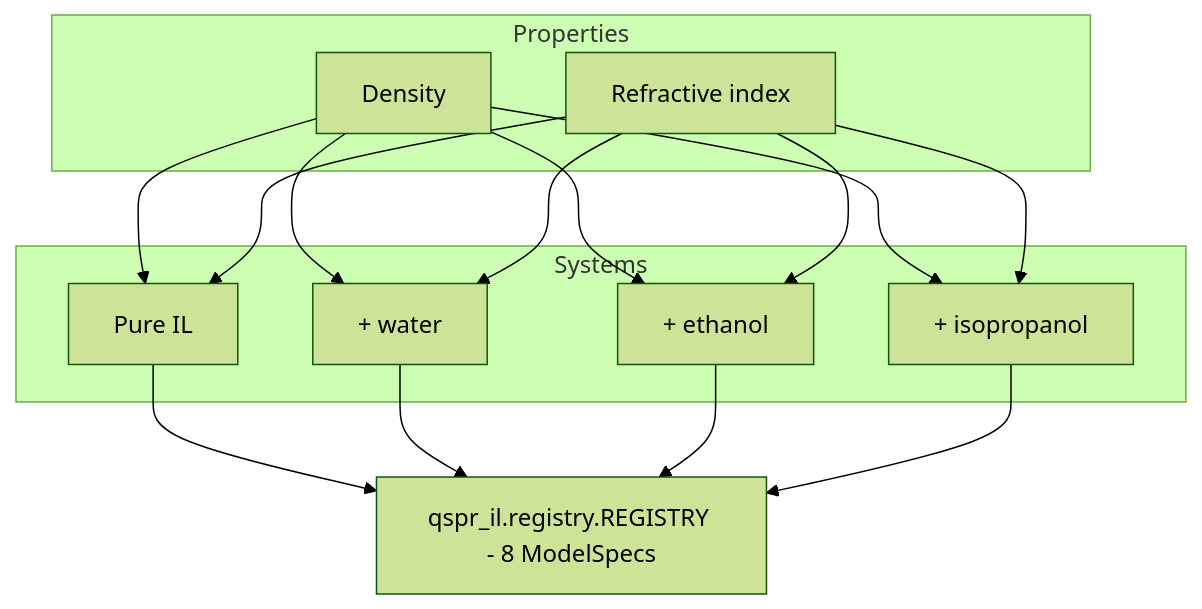
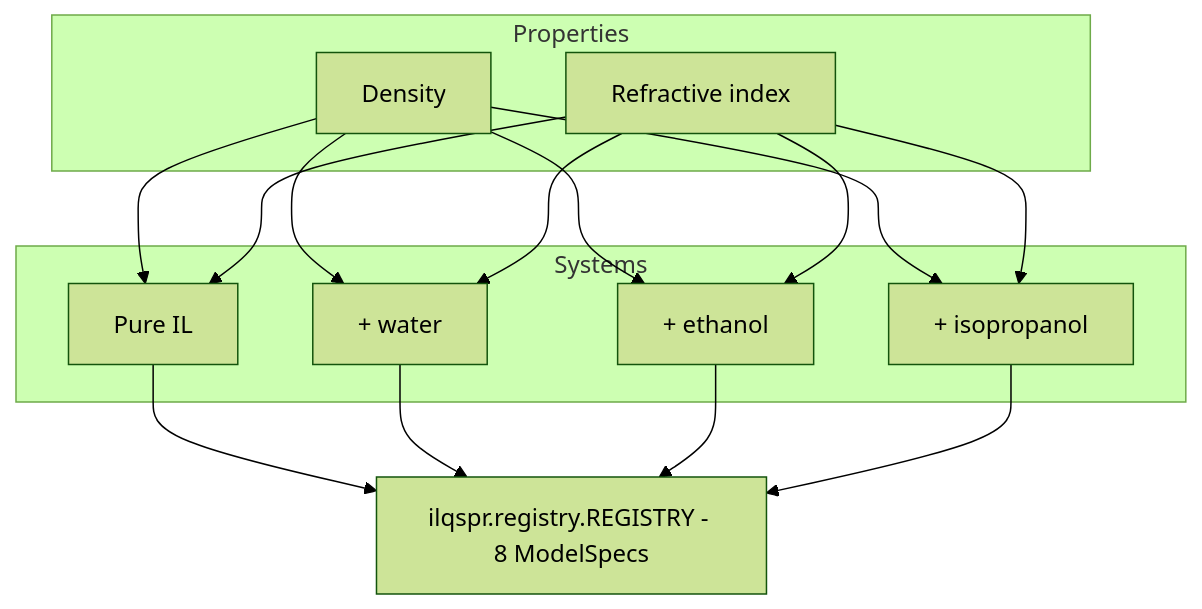
One commit to kammmran/qspr-il-density-refractive-index changed the second of 4 diagrams in docs/engine.rst. Above: the diagram before and after it, drawn with Mermaid (forest theme). The commit also changed other lines of this file and 25 other files, not shown here.

Commit message:
qspr_il replaced with ilqspr

```diff
--- a/docs/engine.rst
+++ b/docs/engine.rst
@@ -43,18 +43,18 @@
 .. mermaid::
 
    graph TD
        subgraph Properties
            DENS["Density"]
            RI["Refractive index"]
        end
 
        subgraph Systems
            PURE["Pure IL"]
            WATER["+ water"]
            ETOH["+ ethanol"]
            IPA["+ isopropanol"]
        end
 
        DENS --> PURE & WATER & ETOH & IPA
        RI --> PURE & WATER & ETOH & IPA
-       PURE & WATER & ETOH & IPA --> REG["qspr_il.registry.REGISTRY - 8 ModelSpecs"]
+       PURE & WATER & ETOH & IPA --> REG["ilqspr.registry.REGISTRY - 8 ModelSpecs"]
```
